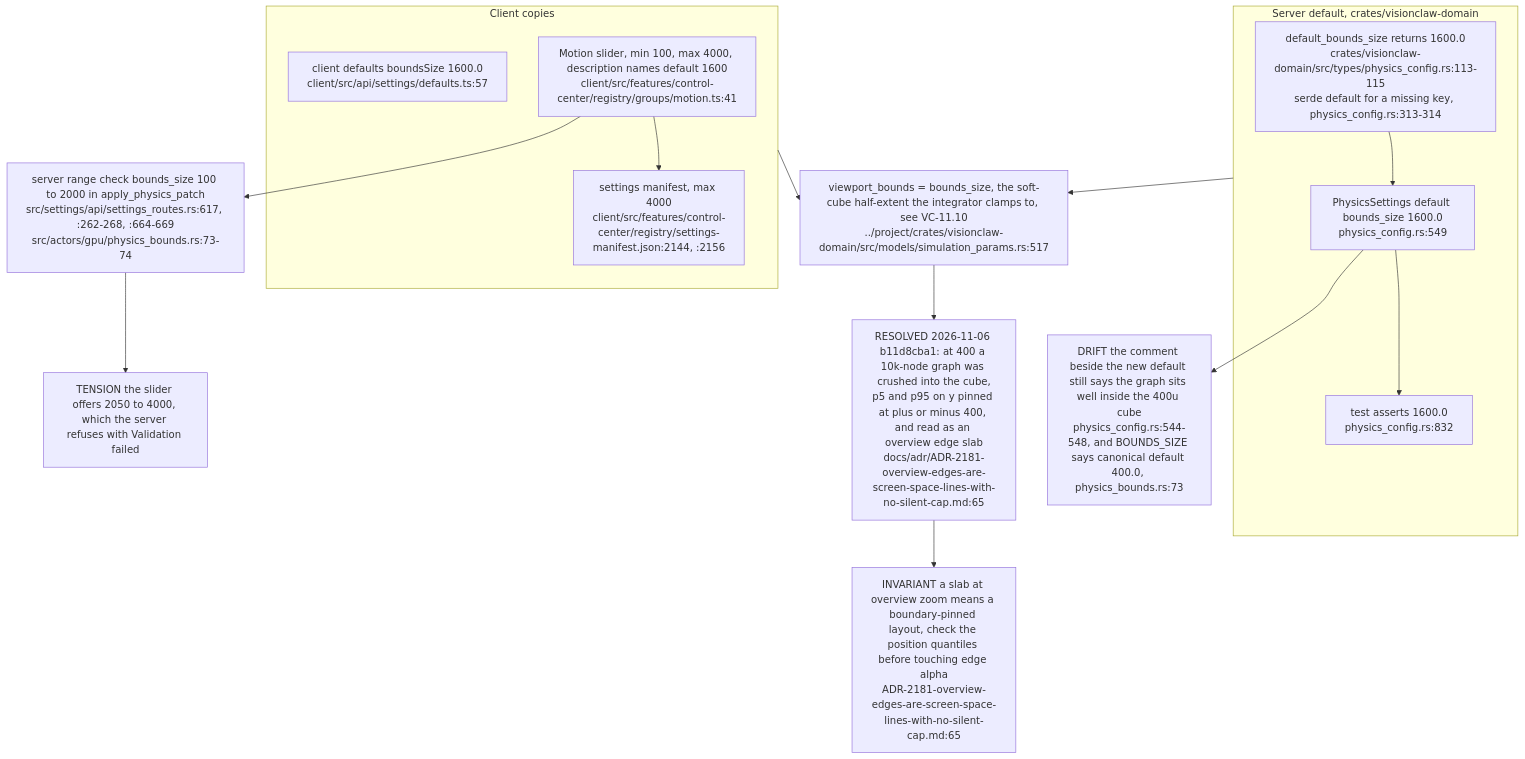
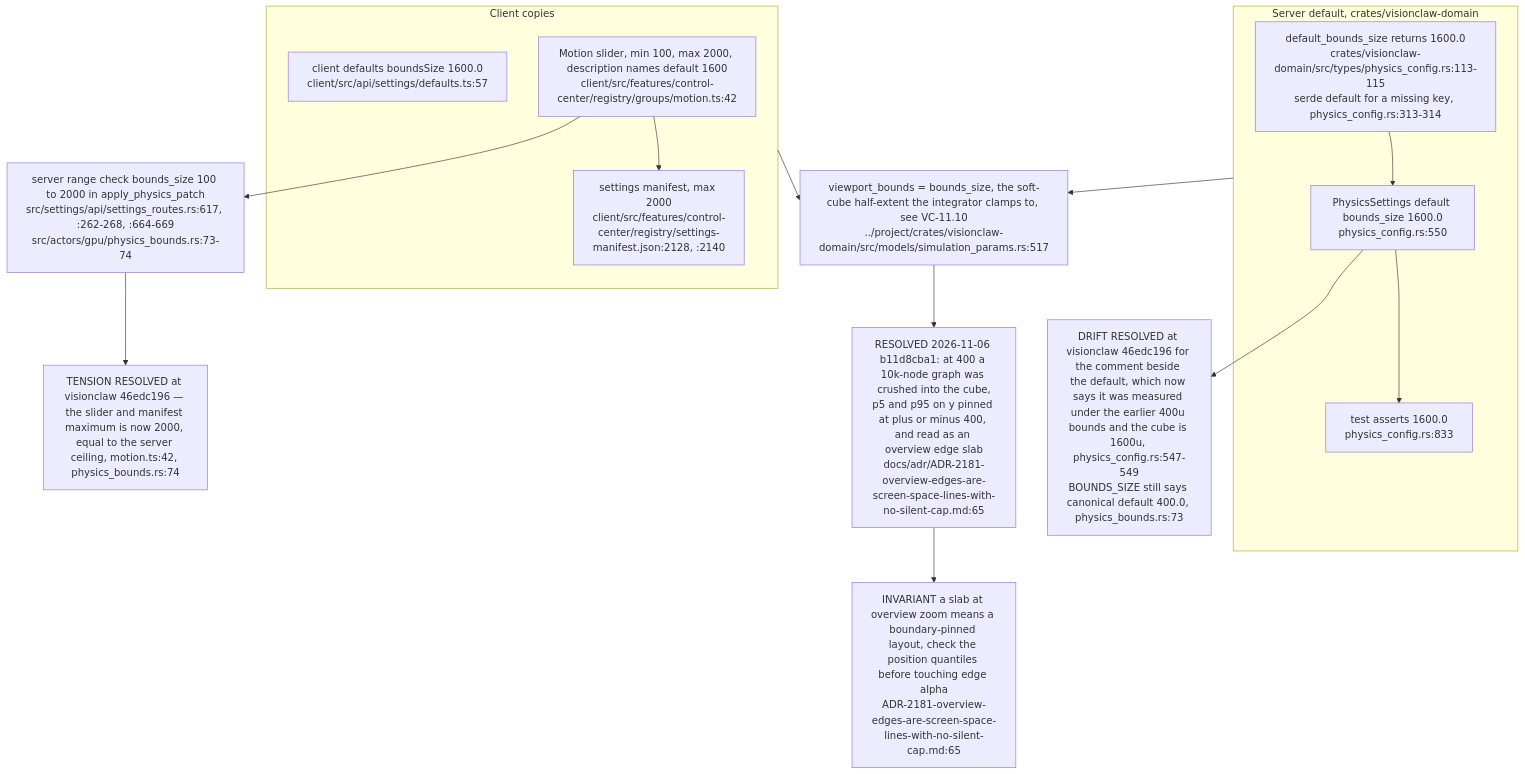
The ninth of 9 diagrams in docs/diagrams/visionclaw/11-physics-step-and-force-channels.md (DreamLab-AI/VisionFlow), drawn with Mermaid before and after one commit. The commit also changed other lines of this file and 49 other files, not shown here.

First line of the commit message:
docs(diagrams): re-derive and re-stamp VisionClaw, estate, knowledge-graph, visionGraph, VisionFlow and sidestr topics

````diff
--- a/docs/diagrams/visionclaw/11-physics-step-and-force-channels.md
+++ b/docs/diagrams/visionclaw/11-physics-step-and-force-channels.md
@@ -364,22 +364,22 @@
 ```mermaid
 flowchart TB
     subgraph RUST["Server default, crates/visionclaw-domain"]
         R1["default_bounds_size returns 1600.0<br/>crates/visionclaw-domain/src/types/physics_config.rs:113-115<br/>serde default for a missing key, physics_config.rs:313-314"]
-        R2["PhysicsSettings default bounds_size 1600.0<br/>physics_config.rs:549"]
-        R3["test asserts 1600.0<br/>physics_config.rs:832"]
+        R2["PhysicsSettings default bounds_size 1600.0<br/>physics_config.rs:550"]
+        R3["test asserts 1600.0<br/>physics_config.rs:833"]
         R1 --> R2 --> R3
     end
     subgraph TS["Client copies"]
         C1["client defaults boundsSize 1600.0<br/>client/src/api/settings/defaults.ts:57"]
-        C2["Motion slider, min 100, max 4000, description names default 1600<br/>client/src/features/control-center/registry/groups/motion.ts:41"]
-        C3["settings manifest, max 4000<br/>client/src/features/control-center/registry/settings-manifest.json:2144, :2156"]
+        C2["Motion slider, min 100, max 2000, description names default 1600<br/>client/src/features/control-center/registry/groups/motion.ts:42"]
+        C3["settings manifest, max 2000<br/>client/src/features/control-center/registry/settings-manifest.json:2128, :2140"]
         C2 --> C3
     end
     RUST --> VB["viewport_bounds = bounds_size, the soft-cube half-extent the integrator clamps to, see VC-11.10<br/>../project/crates/visionclaw-domain/src/models/simulation_params.rs:517"]
     TS --> VB
     VB --> SLAB["RESOLVED 2026-11-06 b11d8cba1: at 400 a 10k-node graph was crushed into the cube,<br/>p5 and p95 on y pinned at plus or minus 400, and read as an overview edge slab<br/>docs/adr/ADR-2181-overview-edges-are-screen-space-lines-with-no-silent-cap.md:65"]
     SLAB --> INV["INVARIANT a slab at overview zoom means a boundary-pinned layout, check the position quantiles before touching edge alpha<br/>ADR-2181-overview-edges-are-screen-space-lines-with-no-silent-cap.md:65"]
     C2 --> VAL["server range check bounds_size 100 to 2000 in apply_physics_patch<br/>src/settings/api/settings_routes.rs:617, :262-268, :664-669<br/>src/actors/gpu/physics_bounds.rs:73-74"]
-    VAL --> T1["TENSION the slider offers 2050 to 4000, which the server refuses with Validation failed"]
-    R2 --> D1["DRIFT the comment beside the new default still says the graph sits well inside the 400u cube<br/>physics_config.rs:544-548, and BOUNDS_SIZE says canonical default 400.0, physics_bounds.rs:73"]
+    VAL --> T1["TENSION RESOLVED at visionclaw 46edc196 — the slider and manifest maximum is now 2000, equal to the server ceiling, motion.ts:42, physics_bounds.rs:74"]
+    R2 --> D1["DRIFT RESOLVED at visionclaw 46edc196 for the comment beside the default, which now says it was measured under the earlier 400u bounds and the cube is 1600u, physics_config.rs:547-549<br/>BOUNDS_SIZE still says canonical default 400.0, physics_bounds.rs:73"]
 ```
````
